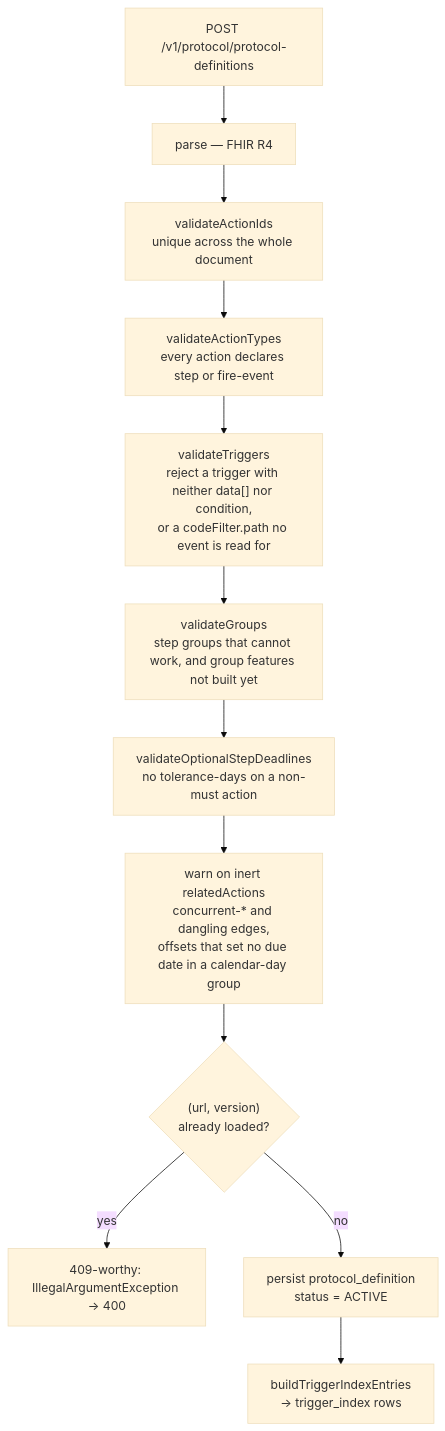
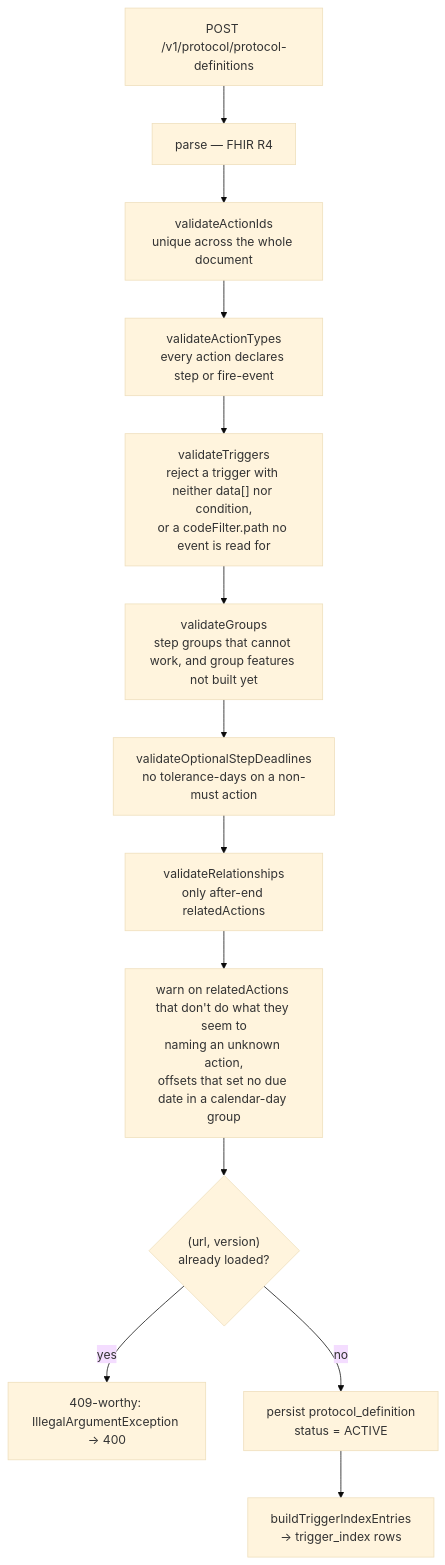
Before and after one commit to Jayaprakash8887/cce-protocol-service: the diagram in docs/architecture-overview.md, drawn with Mermaid (base theme). The commit also changed other lines of this file and 6 other files, not shown here.

First line of the commit message:
CCE-135: refuse relatedAction relationships other than after-end at load

````diff
--- a/docs/architecture-overview.md
+++ b/docs/architecture-overview.md
@@ -42,14 +42,15 @@
 ```mermaid
 flowchart TD
     A["POST /v1/protocol/protocol-definitions"] --> B["parse — FHIR R4"]
     B --> C["validateActionIds<br/>unique across the whole document"]
     C --> D["validateActionTypes<br/>every action declares step or fire-event"]
     D --> E["validateTriggers<br/>reject a trigger with neither data[] nor condition,<br/>or a codeFilter.path no event is read for"]
     E --> EG["validateGroups<br/>step groups that cannot work, and group features not built yet"]
     EG --> E2["validateOptionalStepDeadlines<br/>no tolerance-days on a non-must action"]
-    E2 --> F["warn on inert relatedActions<br/>concurrent-* and dangling edges,<br/>offsets that set no due date in a calendar-day group"]
+    E2 --> E3["validateRelationships<br/>only after-end relatedActions"]
+    E3 --> F["warn on relatedActions that don't do what they seem to<br/>naming an unknown action,<br/>offsets that set no due date in a calendar-day group"]
     F --> G{"(url, version)<br/>already loaded?"}
     G -->|yes| H["409-worthy: IllegalArgumentException → 400"]
     G -->|no| I["persist protocol_definition<br/>status = ACTIVE"]
     I --> J["buildTriggerIndexEntries<br/>→ trigger_index rows"]
 ```
````
